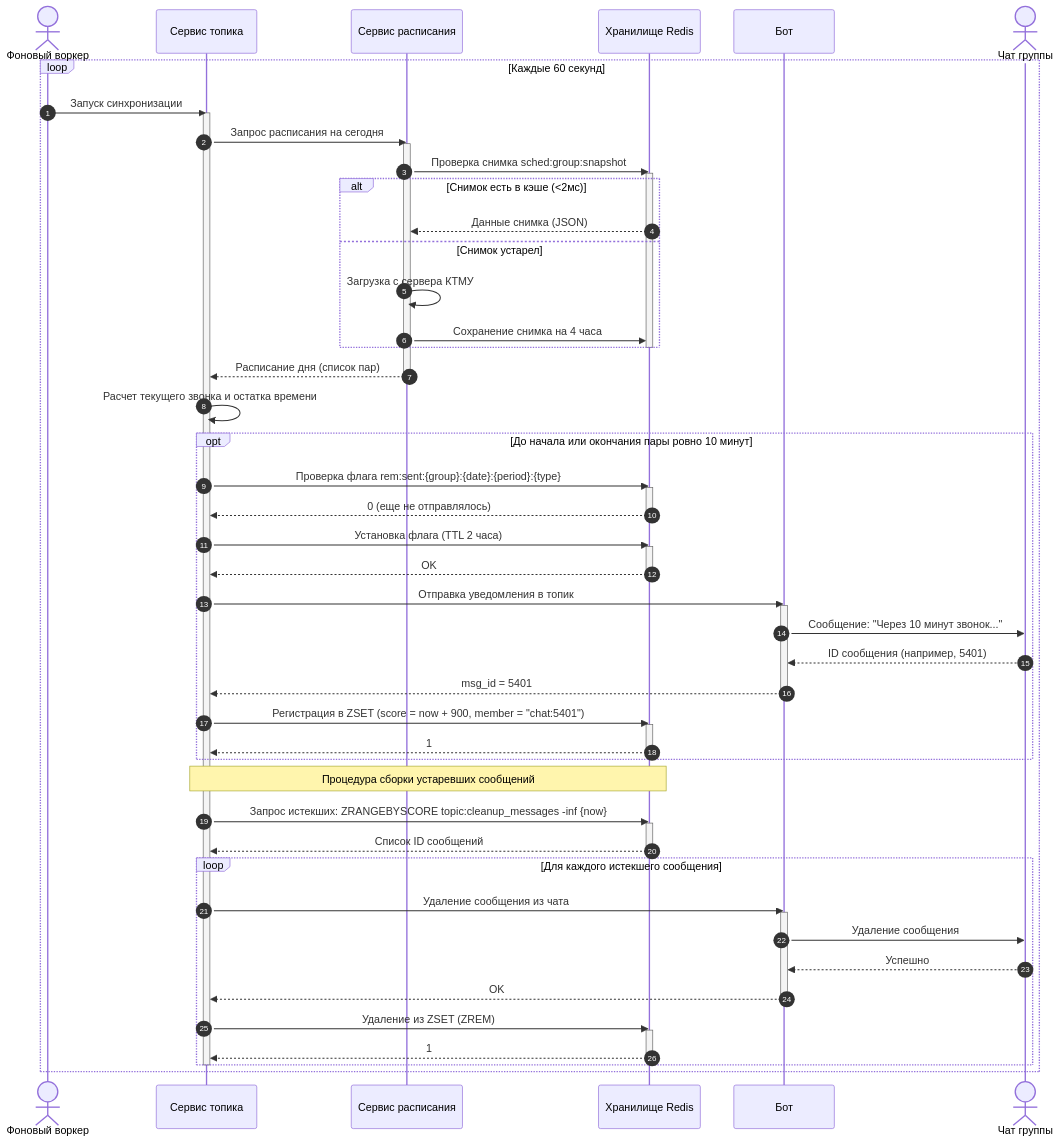
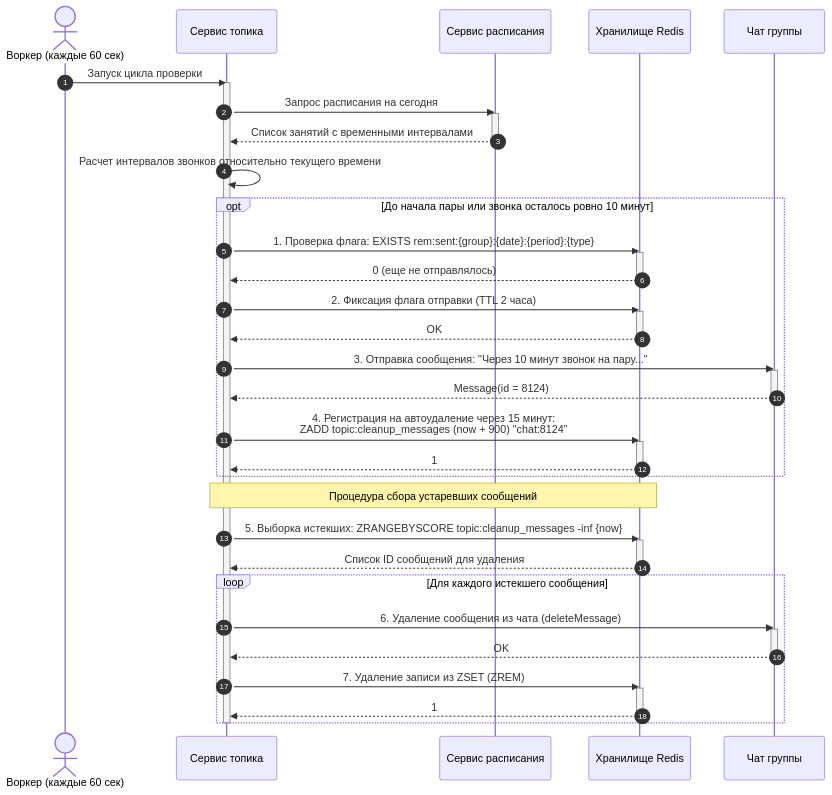
One commit to Utkautka1/para changed the fourth of 7 diagrams in docs/UML.md. Above: the diagram before and after it, drawn with Mermaid. The commit also changed other lines of this file, not shown here.

Commit message:
docs: сквозная архитектура End-to-End Data Flow с пошаговыми цепочками вызовов

````diff
--- a/docs/UML.md
+++ b/docs/UML.md
@@ -259,77 +277,61 @@
 ```mermaid
 sequenceDiagram
     autonumber
-    actor Scheduler as Фоновый воркер
+    actor Scheduler as Воркер (каждые 60 сек)
     participant Updater as Сервис топика
-    participant Backend as Сервис расписания
+    participant API as Сервис расписания
     participant Redis as Хранилище Redis
-    participant Bot as Бот
-    actor Group as Чат группы
+    participant Telegram as Чат группы
 
-    loop Каждые 60 секунд
-        Scheduler->>Updater: Запуск синхронизации
-        activate Updater
+    Scheduler->>Updater: Запуск цикла проверки
+    activate Updater
 
-        Updater->>Backend: Запрос расписания на сегодня
-        activate Backend
-        Backend->>Redis: Проверка снимка sched:group:snapshot
+    Updater->>API: Запрос расписания на сегодня
+    activate API
+    API-->>Updater: Список занятий с временными интервалами
+    deactivate API
+
+    Updater->>Updater: Расчет интервалов звонков относительно текущего времени
+
+    opt До начала пары или звонка осталось ровно 10 минут
+        Updater->>Redis: 1. Проверка флага: EXISTS rem:sent:{group}:{date}:{period}:{type}
         activate Redis
-        alt Снимок есть в кэше (<2мс)
-            Redis-->>Backend: Данные снимка (JSON)
-        else Снимок устарел
-            Backend->>Backend: Загрузка с сервера КТМУ
-            Backend->>Redis: Сохранение снимка на 4 часа
-        end
-        deactivate Redis
-        Backend-->>Updater: Расписание дня (список пар)
-        deactivate Backend
-
-        Updater->>Updater: Расчет текущего звонка и остатка времени
-
-        opt До начала или окончания пары ровно 10 минут
-            Updater->>Redis: Проверка флага rem:sent:{group}:{date}:{period}:{type}
-            activate Redis
-            Redis-->>Updater: 0 (еще не отправлялось)
-            deactivate Redis
-
-            Updater->>Redis: Установка флага (TTL 2 часа)
-            activate Redis
-            Redis-->>Updater: OK
-            deactivate Redis
-
-            Updater->>Bot: Отправка уведомления в топик
-            activate Bot
-            Bot->>Group: Сообщение: "Через 10 минут звонок..."
-            Group-->>Bot: ID сообщения (например, 5401)
-            Bot-->>Updater: msg_id = 5401
-            deactivate Bot
-
-            Updater->>Redis: Регистрация в ZSET (score = now + 900, member = "chat:5401")
-            activate Redis
-            Redis-->>Updater: 1
-            deactivate Redis
-        end
-
-        note over Updater,Redis: Процедура сборки устаревших сообщений
-        Updater->>Redis: Запрос истекших: ZRANGEBYSCORE topic:cleanup_messages -inf {now}
-        activate Redis
-        Redis-->>Updater: Список ID сообщений
+        Redis-->>Updater: 0 (еще не отправлялось)
         deactivate Redis
 
-        loop Для каждого истекшего сообщения
-            Updater->>Bot: Удаление сообщения из чата
-            activate Bot
-            Bot->>Group: Удаление сообщения
-            Group-->>Bot: Успешно
-            Bot-->>Updater: OK
-            deactivate Bot
+        Updater->>Redis: 2. Фиксация флага отправки (TTL 2 часа)
+        activate Redis
+        Redis-->>Updater: OK
+        deactivate Redis
 
-            Updater->>Redis: Удаление из ZSET (ZREM)
-            activate Redis
-            Redis-->>Updater: 1
-            deactivate Redis
-        end
+        Updater->>Telegram: 3. Отправка сообщения: "Через 10 минут звонок на пару..."
+        activate Telegram
+        Telegram-->>Updater: Message(id = 8124)
+        deactivate Telegram
 
-        deactivate Updater
+        Updater->>Redis: 4. Регистрация на автоудаление через 15 минут:<br/>ZADD topic:cleanup_messages (now + 900) "chat:8124"
+        activate Redis
+        Redis-->>Updater: 1
+        deactivate Redis
     end
+
+    note over Updater,Redis: Процедура сбора устаревших сообщений
+    Updater->>Redis: 5. Выборка истекших: ZRANGEBYSCORE topic:cleanup_messages -inf {now}
+    activate Redis
+    Redis-->>Updater: Список ID сообщений для удаления
+    deactivate Redis
+
+    loop Для каждого истекшего сообщения
+        Updater->>Telegram: 6. Удаление сообщения из чата (deleteMessage)
+        activate Telegram
+        Telegram-->>Updater: OK
+        deactivate Telegram
+
+        Updater->>Redis: 7. Удаление записи из ZSET (ZREM)
+        activate Redis
+        Redis-->>Updater: 1
+        deactivate Redis
+    end
+
+    deactivate Updater
 ```
````
